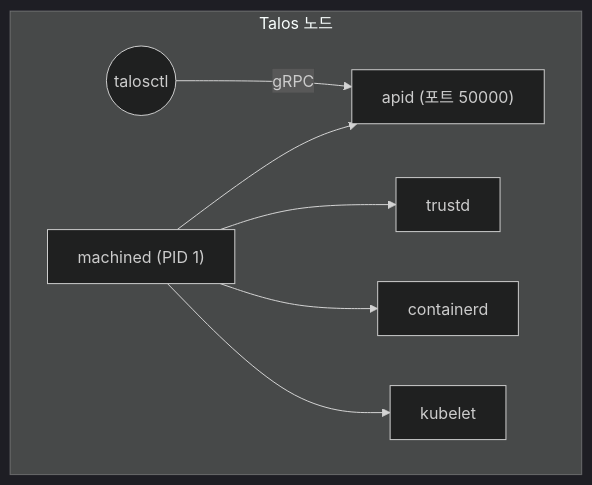
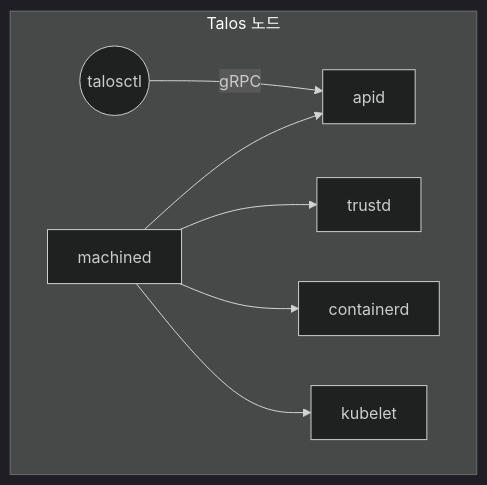
One commit to moonblueblue/devops-wiki changed the third of 3 diagrams in content/linux/distro-basics/immutable-os.md. Above: the diagram before and after it, drawn with Mermaid (dark theme). The commit also changed other lines of this file and 37 other files, not shown here.

First line of the commit message:
style: linux 카테고리 ASCII 도표·Mermaid 라벨 형식 교정

````diff
--- a/content/linux/distro-basics/immutable-os.md
+++ b/content/linux/distro-basics/immutable-os.md
@@ -207,11 +214,11 @@
 ```mermaid
 graph TD
-    subgraph talos["Talos 노드"]
-        M["machined (PID 1)"]
-        M --> AP["apid (포트 50000)"]
-        M --> TR["trustd"]
-        M --> CT["containerd"]
-        M --> KB["kubelet"]
-        TC((talosctl)) -->|"gRPC"| AP
+    subgraph talos[Talos 노드]
+        M[machined]
+        M --> AP[apid]
+        M --> TR[trustd]
+        M --> CT[containerd]
+        M --> KB[kubelet]
+        TC((talosctl)) -->|gRPC| AP
     end
 ```
````
